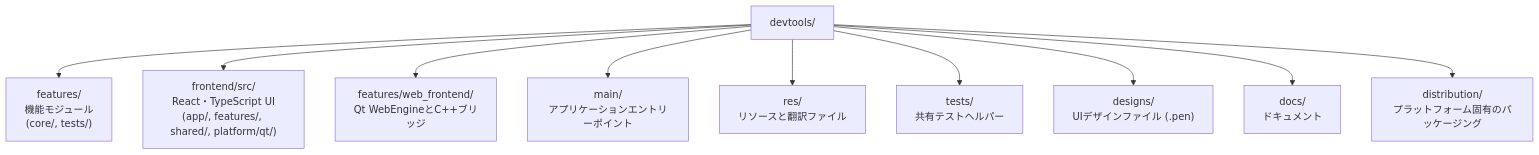
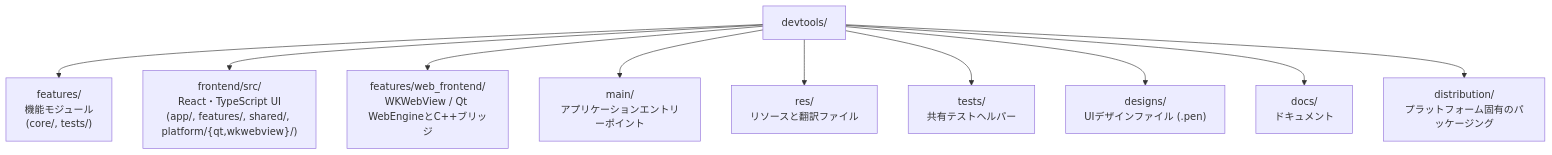
Before and after one commit to LotusAndCompany/devtools: the first of 2 diagrams in docs/ja/CONTRIBUTING.md, drawn with Mermaid. The commit also changed other lines of this file and 46 other files, not shown here.

Commit message:
feat(web-frontend): add macOS WKWebView host

````diff
--- a/docs/ja/CONTRIBUTING.md
+++ b/docs/ja/CONTRIBUTING.md
@@ -32,13 +32,13 @@
 ```mermaid
 flowchart TD
     root["devtools/"]
     root --> features["features/<br/>機能モジュール<br/>(core/, tests/)"]
-    root --> frontend["frontend/src/<br/>React・TypeScript UI<br/>(app/, features/, shared/, platform/qt/)"]
-    root --> webbridge["features/web_frontend/<br/>Qt WebEngineとC++ブリッジ"]
+    root --> frontend["frontend/src/<br/>React・TypeScript UI<br/>(app/, features/, shared/, platform/{qt,wkwebview}/)"]
+    root --> webbridge["features/web_frontend/<br/>WKWebView / Qt WebEngineとC++ブリッジ"]
     root --> main["main/<br/>アプリケーションエントリーポイント"]
     root --> resources["res/<br/>リソースと翻訳ファイル"]
     root --> tests["tests/<br/>共有テストヘルパー"]
     root --> designs["designs/<br/>UIデザインファイル (.pen)"]
     root --> docs["docs/<br/>ドキュメント"]
     root --> distribution["distribution/<br/>プラットフォーム固有のパッケージング"]
 ```
````
